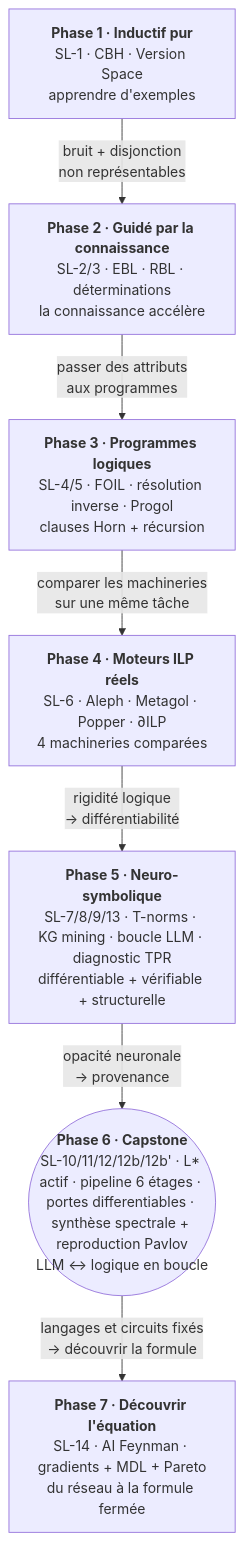
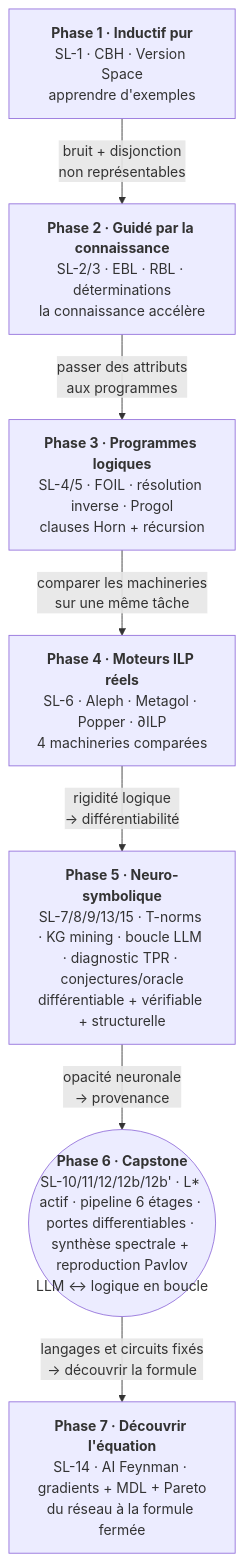
Before and after one commit to jsboige/CoursIA: the diagram in MyIA.AI.Notebooks/SymbolicAI/SymbolicLearning/README.md, drawn with Mermaid. The commit also changed other lines of this file and 1 other file, not shown here.

First line of the commit message:
feat(symboliclearning,#17605): SL-15 — conjectures apprises pour un vérificateur symbolique

````diff
--- a/MyIA.AI.Notebooks/SymbolicAI/SymbolicLearning/README.md
+++ b/MyIA.AI.Notebooks/SymbolicAI/SymbolicLearning/README.md
@@ -104,16 +104,16 @@
 ```mermaid
 flowchart TD
     P1["<b>Phase 1 · Inductif pur</b><br/>SL-1 · CBH · Version Space<br/>apprendre d'exemples"]
     P2["<b>Phase 2 · Guidé par la connaissance</b><br/>SL-2/3 · EBL · RBL · déterminations<br/>la connaissance accélère"]
     P3["<b>Phase 3 · Programmes logiques</b><br/>SL-4/5 · FOIL · résolution inverse · Progol<br/>clauses Horn + récursion"]
     P4["<b>Phase 4 · Moteurs ILP réels</b><br/>SL-6 · Aleph · Metagol · Popper · ∂ILP<br/>4 machineries comparées"]
-    P5["<b>Phase 5 · Neuro-symbolique</b><br/>SL-7/8/9/13 · T-norms · KG mining · boucle LLM · diagnostic TPR<br/>différentiable + vérifiable + structurelle"]
+    P5["<b>Phase 5 · Neuro-symbolique</b><br/>SL-7/8/9/13/15 · T-norms · KG mining · boucle LLM · diagnostic TPR · conjectures/oracle<br/>différentiable + vérifiable + structurelle"]
     P6(("<b>Phase 6 · Capstone</b><br/>SL-10/11/12/12b/12b' · L* actif · pipeline 6 étages · portes differentiables · synthèse spectrale + reproduction Pavlov<br/>LLM ↔ logique en boucle"))
     P7["<b>Phase 7 · Découvrir l'équation</b><br/>SL-14 · AI Feynman · gradients + MDL + Pareto<br/>du réseau à la formule fermée"]
     P1 -->|"bruit + disjonction<br/>non représentables"| P2
     P2 -->|"passer des attributs<br/>aux programmes"| P3
     P3 -->|"comparer les machineries<br/>sur une même tâche"| P4
     P4 -->|"rigidité logique<br/>→ différentiabilité"| P5
     P5 -->|"opacité neuronale<br/>→ provenance"| P6
     P6 -->|"langages et circuits fixés<br/>→ découvrir la formule"| P7
 ```
````
